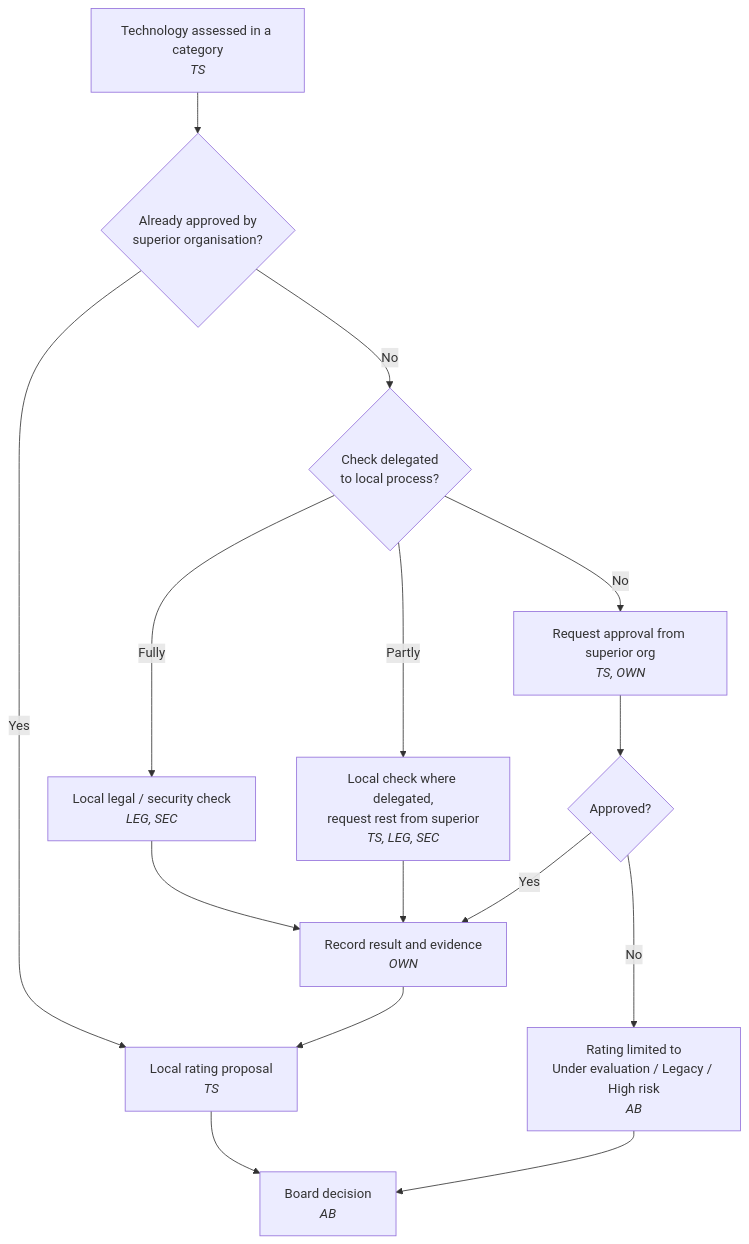
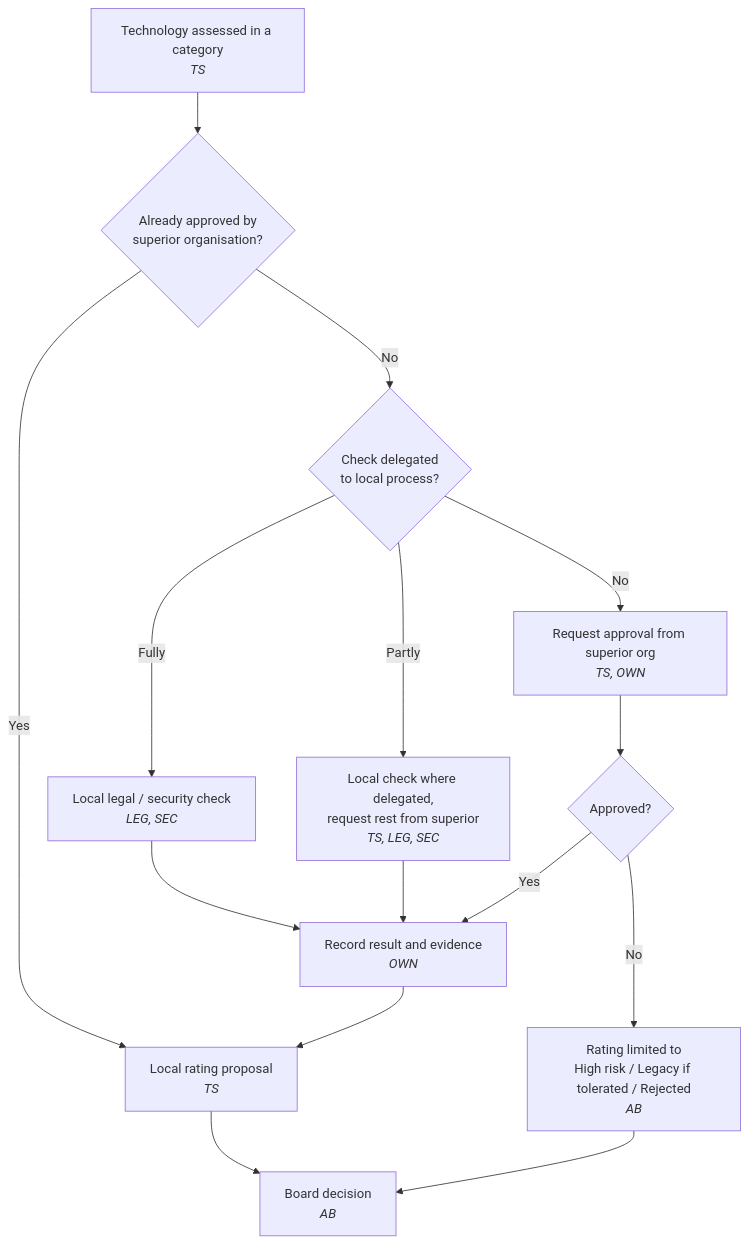
The eighth of 8 diagrams in docs/Architecture/technology-harmonization.md (Kikkirej/framework), drawn with Mermaid before and after one commit. The commit also changed other lines of this file, not shown here.

````diff
--- a/docs/Architecture/technology-harmonization.md
+++ b/docs/Architecture/technology-harmonization.md
@@ -457,17 +521,17 @@
 ```mermaid
 flowchart TD
     A[Technology assessed in a category<br/><i>TS</i>] --> B{Already approved by<br/>superior organisation?}
     B -->|Yes| G[Local rating proposal<br/><i>TS</i>]
     B -->|No| C{Check delegated<br/>to local process?}
     C -->|Fully| D[Local legal / security check<br/><i>LEG, SEC</i>]
     C -->|Partly| E[Local check where delegated,<br/>request rest from superior<br/><i>TS, LEG, SEC</i>]
     C -->|No| F[Request approval from superior org<br/><i>TS, OWN</i>]
     D --> H[Record result and evidence<br/><i>OWN</i>]
     E --> H
     F --> I{Approved?}
     I -->|Yes| H
-    I -->|No| J[Rating limited to<br/>Under evaluation / Legacy / High risk<br/><i>AB</i>]
+    I -->|No| J[Rating limited to<br/>High risk / Legacy if tolerated / Rejected<br/><i>AB</i>]
     H --> G
     G --> K[Board decision<br/><i>AB</i>]
     J --> K
 ```
````
